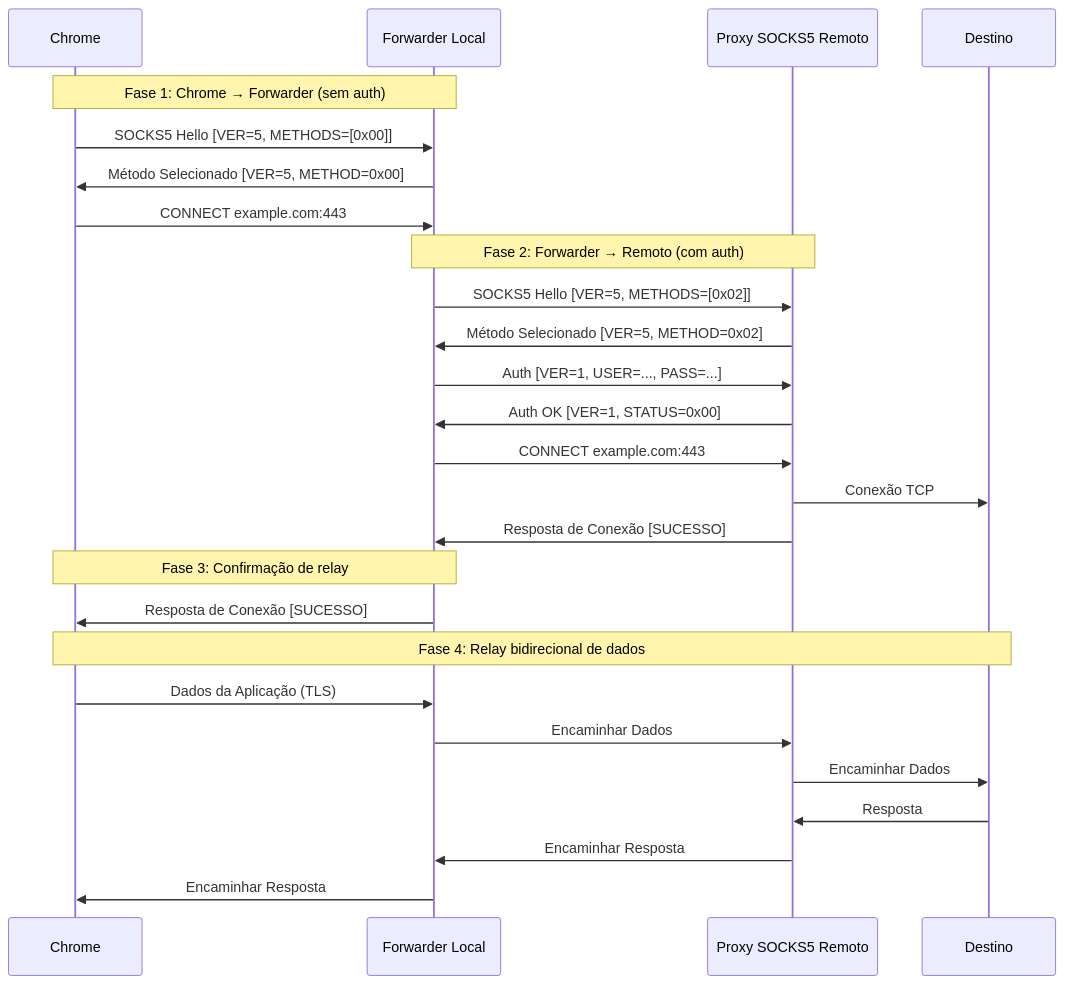
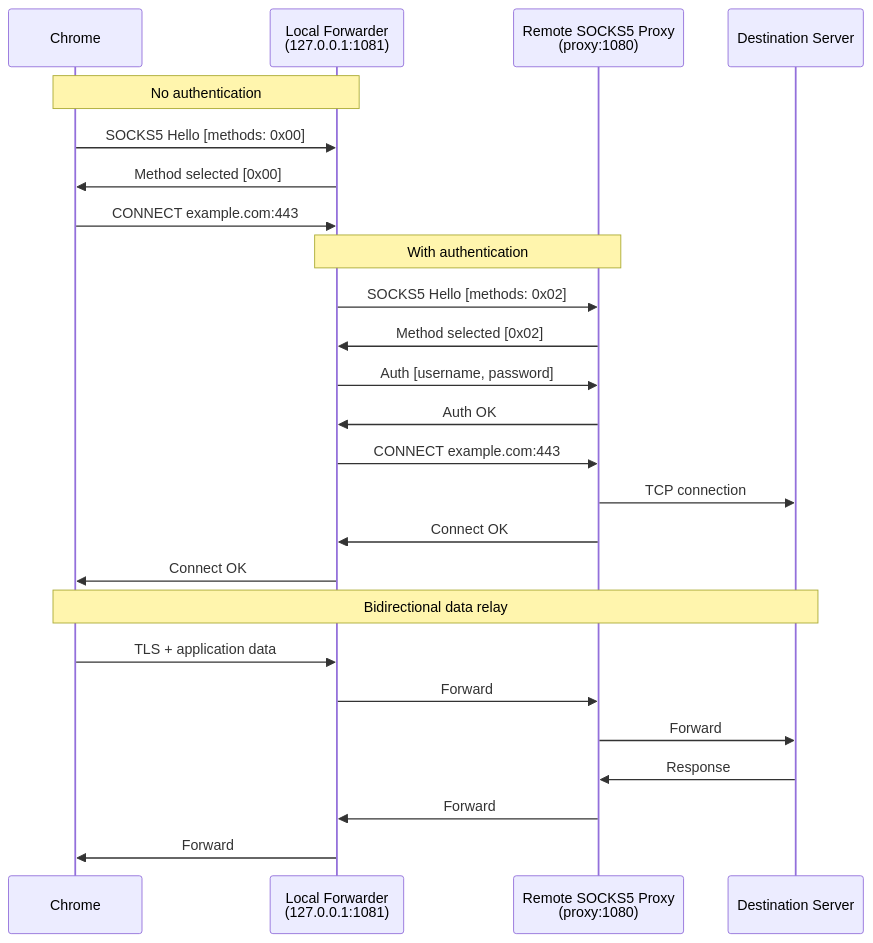
Before and after one commit to autoscrape-labs/pydoll: the third of 3 diagrams in docs/pt/deep-dive/network/socks-proxies.md, drawn with Mermaid. The commit also changed other lines of this file and 9 other files, not shown here.

````diff
--- a/docs/pt/deep-dive/network/socks-proxies.md
+++ b/docs/pt/deep-dive/network/socks-proxies.md
@@ -496,32 +243,31 @@
 ```mermaid
 sequenceDiagram
     participant Chrome
-    participant Forwarder as Forwarder Local
-    participant Remote as Proxy SOCKS5 Remoto
-    participant Server as Destino
+    participant Forwarder as Local Forwarder<br/>(127.0.0.1:1081)
+    participant Remote as Remote SOCKS5 Proxy<br/>(proxy:1080)
+    participant Server as Destination Server
 
-    Note over Chrome,Forwarder: Fase 1: Chrome → Forwarder (sem auth)
-    Chrome->>Forwarder: SOCKS5 Hello [VER=5, METHODS=[0x00]]
-    Forwarder->>Chrome: Método Selecionado [VER=5, METHOD=0x00]
+    Note over Chrome,Forwarder: No authentication
+    Chrome->>Forwarder: SOCKS5 Hello [methods: 0x00]
+    Forwarder->>Chrome: Method selected [0x00]
     Chrome->>Forwarder: CONNECT example.com:443
 
-    Note over Forwarder,Remote: Fase 2: Forwarder → Remoto (com auth)
-    Forwarder->>Remote: SOCKS5 Hello [VER=5, METHODS=[0x02]]
-    Remote->>Forwarder: Método Selecionado [VER=5, METHOD=0x02]
-    Forwarder->>Remote: Auth [VER=1, USER=..., PASS=...]
-    Remote->>Forwarder: Auth OK [VER=1, STATUS=0x00]
+    Note over Forwarder,Remote: With authentication
+    Forwarder->>Remote: SOCKS5 Hello [methods: 0x02]
+    Remote->>Forwarder: Method selected [0x02]
+    Forwarder->>Remote: Auth [username, password]
+    Remote->>Forwarder: Auth OK
     Forwarder->>Remote: CONNECT example.com:443
-    Remote->>Server: Conexão TCP
-    Remote->>Forwarder: Resposta de Conexão [SUCESSO]
+    Remote->>Server: TCP connection
+    Remote->>Forwarder: Connect OK
 
-    Note over Chrome,Forwarder: Fase 3: Confirmação de relay
-    Forwarder->>Chrome: Resposta de Conexão [SUCESSO]
+    Forwarder->>Chrome: Connect OK
 
-    Note over Chrome,Server: Fase 4: Relay bidirecional de dados
-    Chrome->>Forwarder: Dados da Aplicação (TLS)
-    Forwarder->>Remote: Encaminhar Dados
-    Remote->>Server: Encaminhar Dados
-    Server->>Remote: Resposta
-    Remote->>Forwarder: Encaminhar Resposta
-    Forwarder->>Chrome: Encaminhar Resposta
+    Note over Chrome,Server: Bidirectional data relay
+    Chrome->>Forwarder: TLS + application data
+    Forwarder->>Remote: Forward
+    Remote->>Server: Forward
+    Server->>Remote: Response
+    Remote->>Forwarder: Forward
+    Forwarder->>Chrome: Forward
 ```
````
